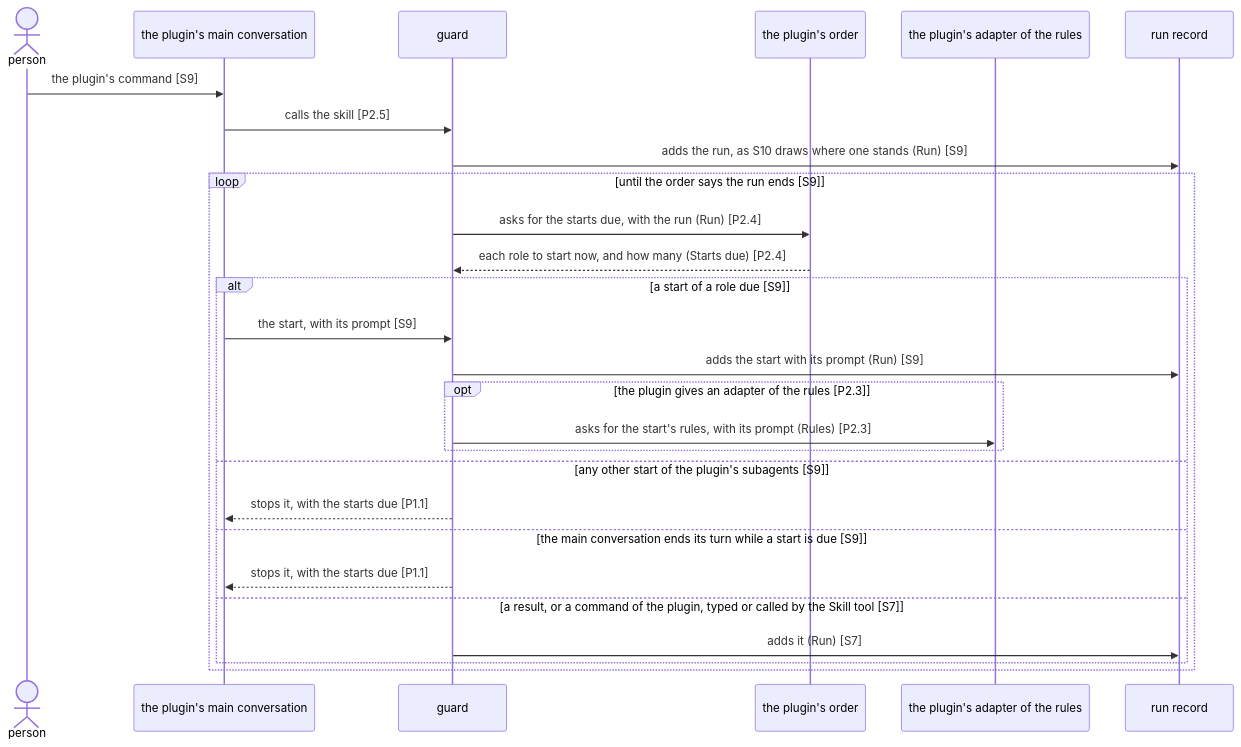
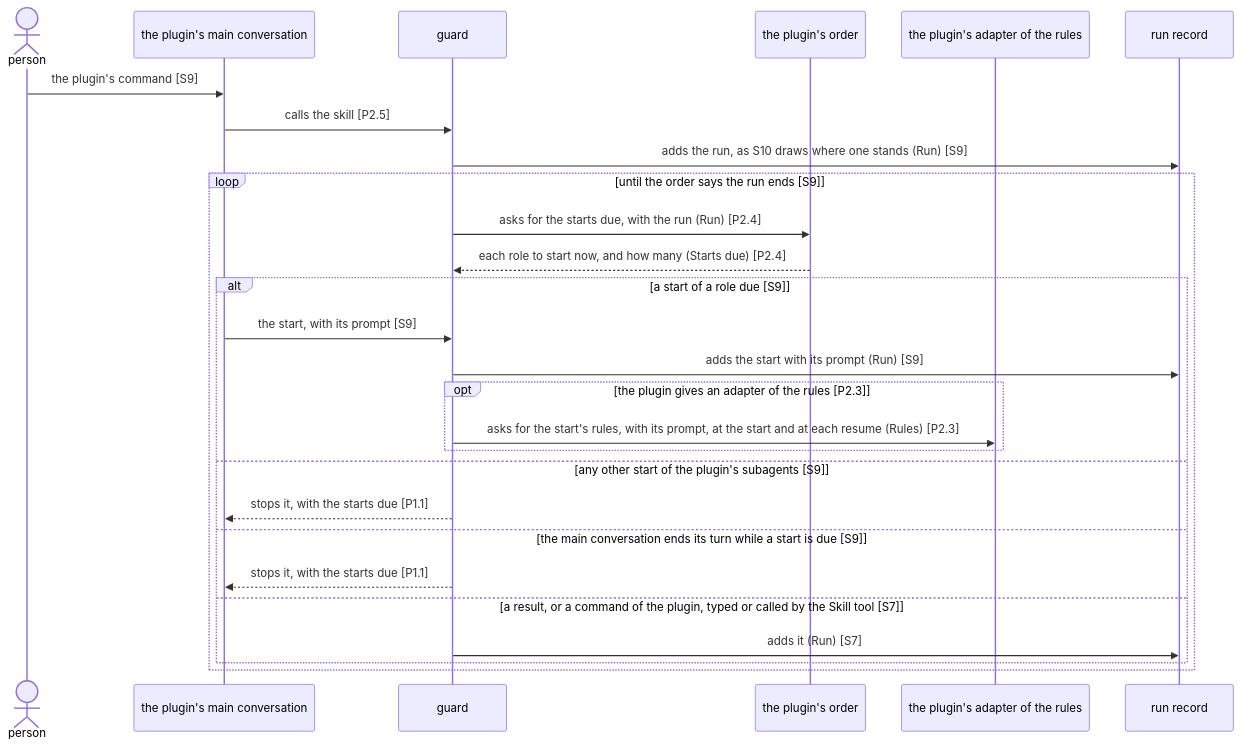
Before and after one commit to lovaizu/ccpm: the first of 3 diagrams in dev/lane/architecture.md, drawn with Mermaid. The commit also changed other lines of this file and 2 other files, not shown here.

````diff
--- a/dev/lane/architecture.md
+++ b/dev/lane/architecture.md
@@ -133,29 +134,29 @@
 ```mermaid
 sequenceDiagram
   actor U as person
   participant M as the plugin's main conversation
   participant G as guard
   participant O as the plugin's order
   participant A as the plugin's adapter of the rules
   participant RR as run record
   U->>M: the plugin's command [S9]
   M->>G: calls the skill [P2.5]
   G->>RR: adds the run, as S10 draws where one stands (Run) [S9]
   loop until the order says the run ends [S9]
     G->>O: asks for the starts due, with the run (Run) [P2.4]
     O-->>G: each role to start now, and how many (Starts due) [P2.4]
     alt a start of a role due [S9]
       M->>G: the start, with its prompt [S9]
       G->>RR: adds the start with its prompt (Run) [S9]
       opt the plugin gives an adapter of the rules [P2.3]
-        G->>A: asks for the start's rules, with its prompt (Rules) [P2.3]
+        G->>A: asks for the start's rules, with its prompt, at the start and at each resume (Rules) [P2.3]
       end
     else any other start of the plugin's subagents [S9]
       G-->>M: stops it, with the starts due [P1.1]
     else the main conversation ends its turn while a start is due [S9]
       G-->>M: stops it, with the starts due [P1.1]
     else a result, or a command of the plugin, typed or called by the Skill tool [S7]
       G->>RR: adds it (Run) [S7]
     end
   end
 ```
````
